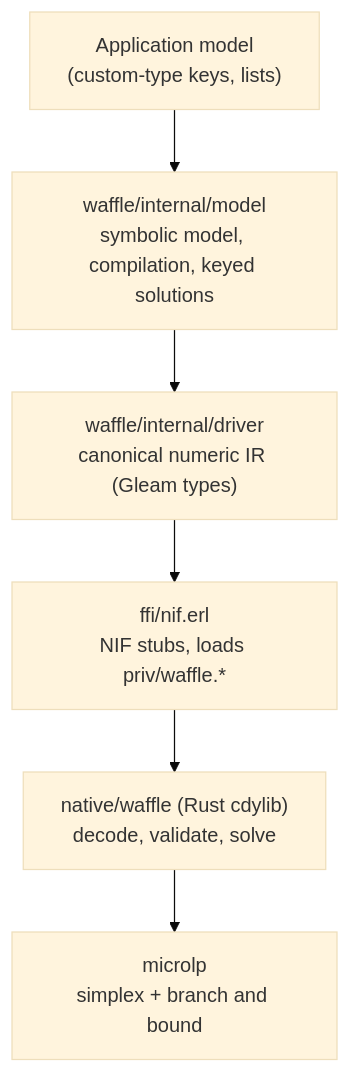
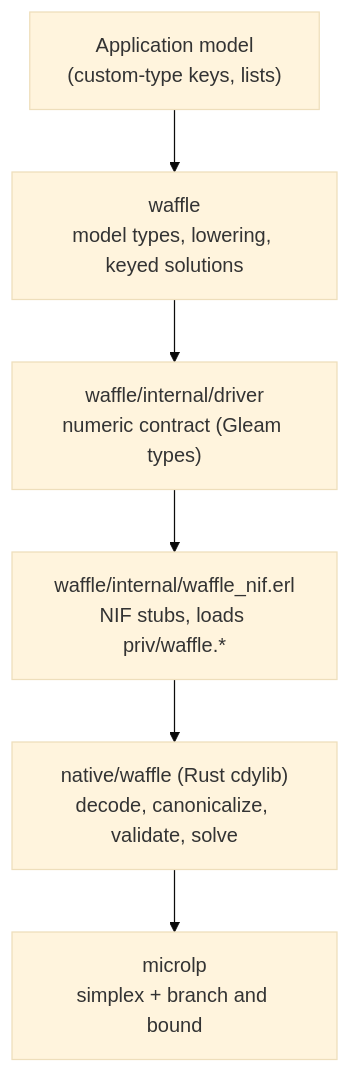
The first of 2 diagrams in ARCHITECTURE.md (heinosoo/vahvel), drawn with Mermaid (base theme) before and after one commit. The commit also changed other lines of this file and 17 other files, not shown here.

````diff
--- a/ARCHITECTURE.md
+++ b/ARCHITECTURE.md
@@ -14,9 +15,9 @@
 ```mermaid
 flowchart TD
   A["Application model<br/>(custom-type keys, lists)"] --> B
-  B["waffle/internal/model<br/>symbolic model, compilation, keyed solutions"] --> C
-  C["waffle/internal/driver<br/>canonical numeric IR (Gleam types)"] --> D
-  D["ffi/nif.erl<br/>NIF stubs, loads priv/waffle.*"] --> E
-  E["native/waffle (Rust cdylib)<br/>decode, validate, solve"] --> F
+  B["waffle<br/>model types, lowering, keyed solutions"] --> C
+  C["waffle/internal/driver<br/>numeric contract (Gleam types)"] --> D
+  D["waffle/internal/waffle_nif.erl<br/>NIF stubs, loads priv/waffle.*"] --> E
+  E["native/waffle (Rust cdylib)<br/>decode, canonicalize, validate, solve"] --> F
   F["microlp<br/>simplex + branch and bound"]
 ```
````
